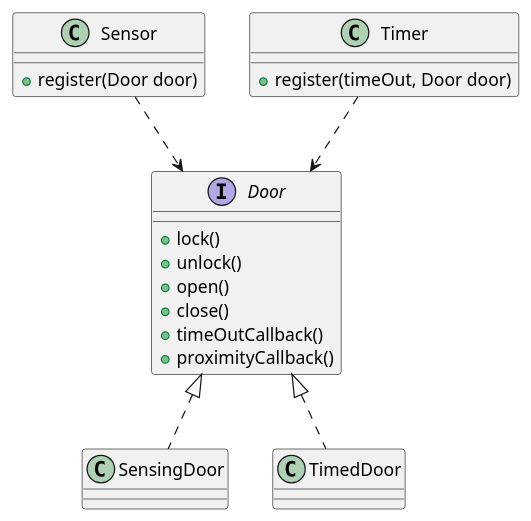
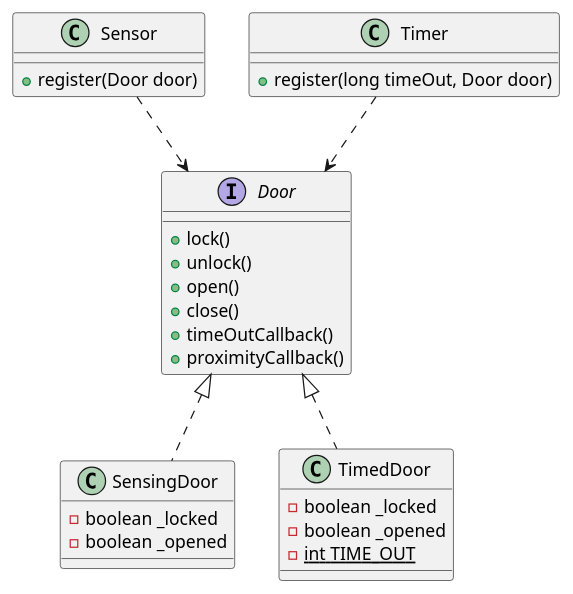
Before and after one commit to RaedAddala/SOLID: the diagram in ISP/src/com/directi/training/isp/exercise/diagram.puml, drawn with PlantUML. The commit also changed 4 other files, not shown here.

```diff
--- a/ISP/src/com/directi/training/isp/exercise/diagram.puml
+++ b/ISP/src/com/directi/training/isp/exercise/diagram.puml
@@ -1,29 +1,34 @@
-@startuml exerciceISP
+@startuml exerciseISP
 interface Door {
     + lock()
     + unlock()
     + open()
     + close()
     + timeOutCallback()
     + proximityCallback()
 }
 
 class SensingDoor {
+    - boolean _locked
+    - boolean _opened
 }
 
 class TimedDoor {
+    - boolean _locked
+    - boolean _opened
+    - {static} int TIME_OUT
 }
 
 class Sensor {
     + register(Door door)
 }
 
 class Timer {
-    + register(timeOut, Door door)
+    + register(long timeOut, Door door)
 }
 
 Door <|.. SensingDoor
 Door <|.. TimedDoor
 Sensor ..> Door
 Timer ..> Door
 @enduml
```
